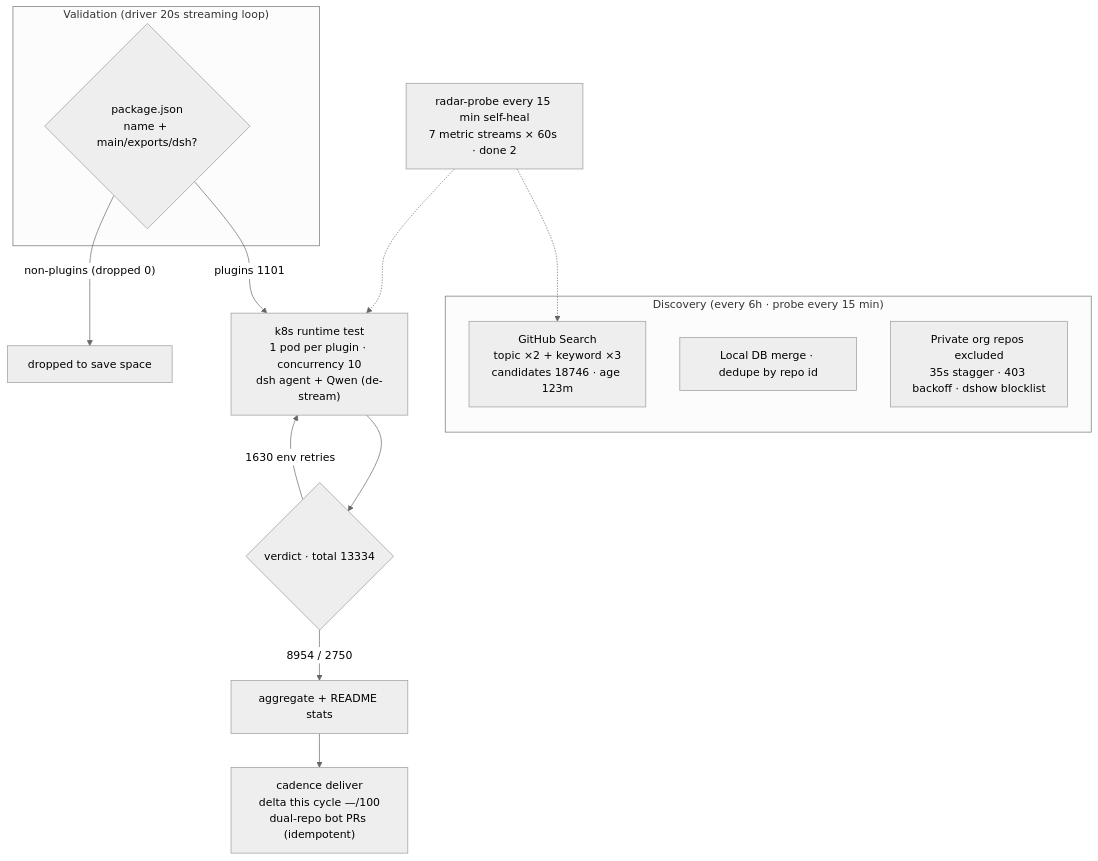
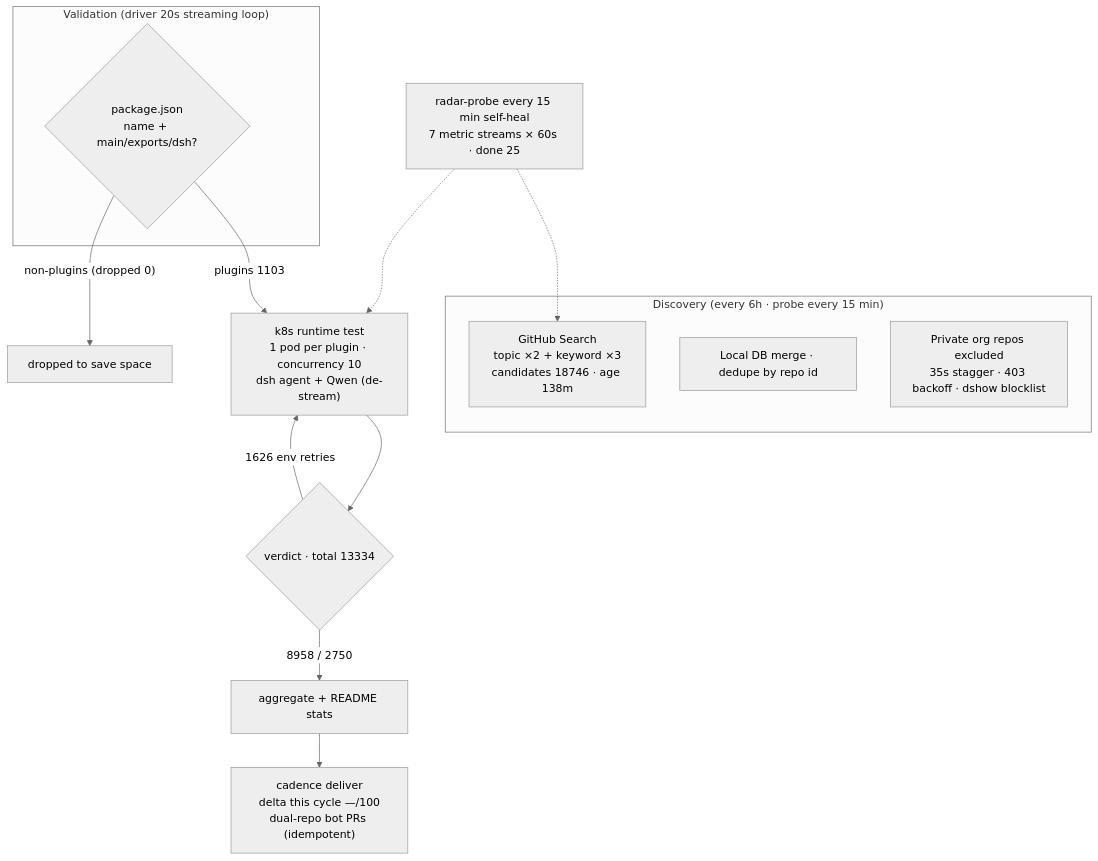
Before and after one commit to AdamPlatin123/dsh-plugin-radar: the diagram in README.en-US.md, drawn with Mermaid (neutral theme). The commit also changed other lines of this file and 6 other files, not shown here.

````diff
--- a/README.en-US.md
+++ b/README.en-US.md
@@ -45,20 +45,20 @@
 ```mermaid
 flowchart TB
     subgraph Discovery["Discovery (every 6h · probe every 15 min)"]
-        A1["GitHub Search<br/>topic ×2 + keyword ×3<br/>candidates 18746 · age 123m"]
+        A1["GitHub Search<br/>topic ×2 + keyword ×3<br/>candidates 18746 · age 138m"]
         A2["Local DB merge · dedupe by repo id"]
         A3["Private org repos excluded<br/>35s stagger · 403 backoff · dshow blocklist"]
     end
     subgraph Validation["Validation (driver 20s streaming loop)"]
         B1{"package.json<br/>name + main/exports/dsh?"}
     end
-    B1 -->|"plugins 1101"| C1["k8s runtime test<br/>1 pod per plugin · concurrency 10<br/>dsh agent + Qwen (de-stream)"]
+    B1 -->|"plugins 1103"| C1["k8s runtime test<br/>1 pod per plugin · concurrency 10<br/>dsh agent + Qwen (de-stream)"]
     B1 -->|"non-plugins (dropped 0)"| B3["dropped to save space"]
     C1 --> D1{"verdict · total 13334"}
-    D1 -->|"8954 / 2750"| E1["aggregate + README stats"]
-    D1 -->|"1630 env retries"| C1
+    D1 -->|"8958 / 2750"| E1["aggregate + README stats"]
+    D1 -->|"1626 env retries"| C1
     E1 --> E2["cadence deliver<br/>delta this cycle —/100<br/>dual-repo bot PRs (idempotent)"]
-    M["radar-probe every 15 min self-heal<br/>7 metric streams × 60s · done 2"]
+    M["radar-probe every 15 min self-heal<br/>7 metric streams × 60s · done 25"]
     M -.-> A1
     M -.-> C1
 ```
````
